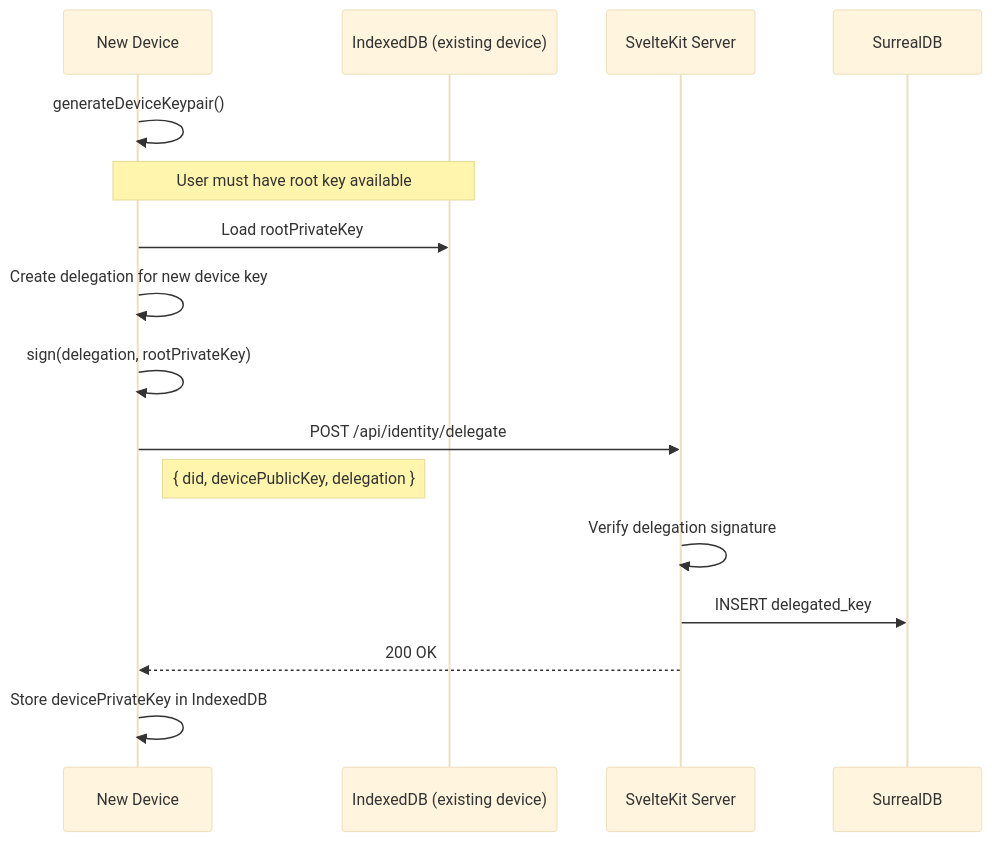
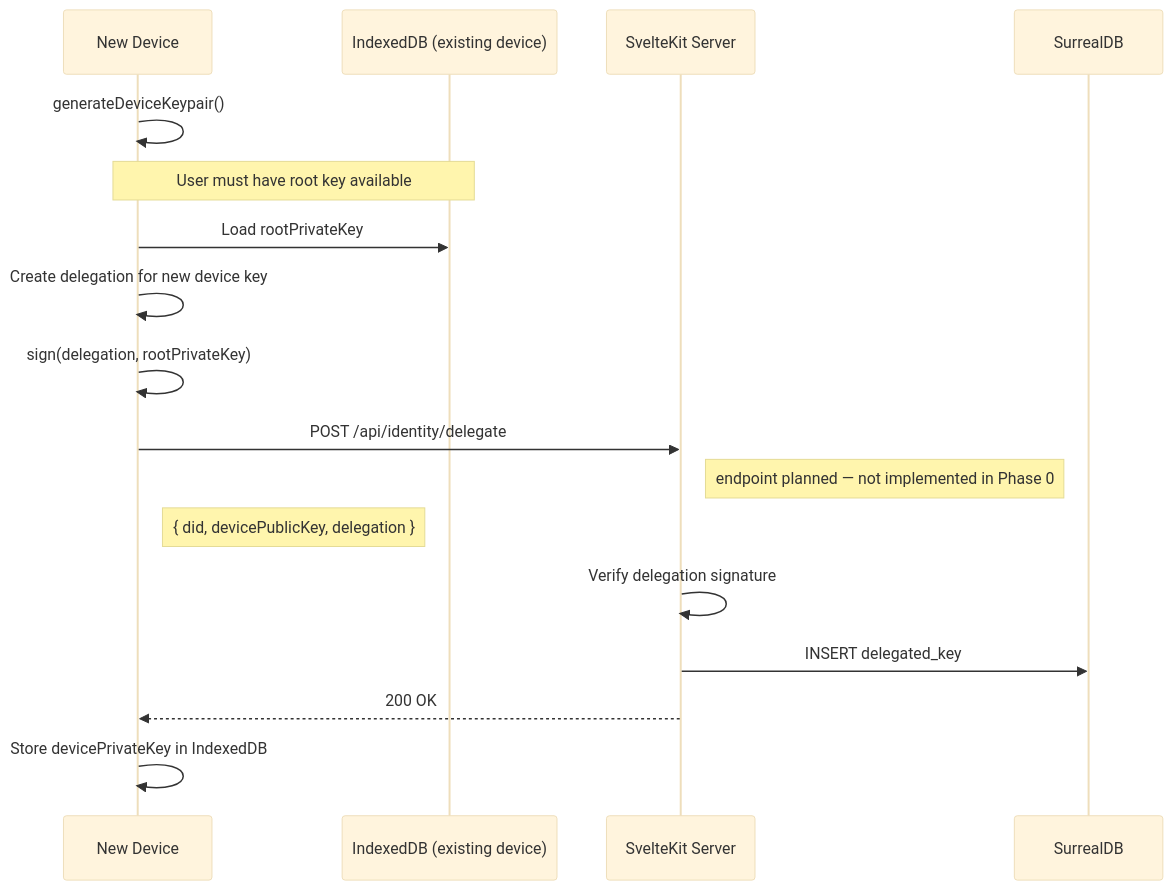
One commit to syr-is/syr changed the fourth of 4 diagrams in apps/docs/src/routes/implementation/phase-0-identity-flows/+page.md. Above: the diagram before and after it, drawn with Mermaid (base theme). The commit also changed other lines of this file and 42 other files, not shown here.

````diff
--- a/apps/docs/src/routes/implementation/phase-0-identity-flows/+page.md
+++ b/apps/docs/src/routes/implementation/phase-0-identity-flows/+page.md
@@ -204,19 +205,20 @@
 ```mermaid
 sequenceDiagram
     participant NewDevice as New Device
     participant IDB as IndexedDB (existing device)
     participant App as SvelteKit Server
     participant DB as SurrealDB
 
     NewDevice->>NewDevice: generateDeviceKeypair()
     Note over NewDevice, IDB: User must have root key available
     NewDevice->>IDB: Load rootPrivateKey
     NewDevice->>NewDevice: Create delegation for new device key
     NewDevice->>NewDevice: sign(delegation, rootPrivateKey)
     NewDevice->>App: POST /api/identity/delegate
+    Note right of App: endpoint planned — not implemented in Phase 0
     Note right of NewDevice: { did, devicePublicKey, delegation }
     App->>App: Verify delegation signature
     App->>DB: INSERT delegated_key
     App-->>NewDevice: 200 OK
     NewDevice->>NewDevice: Store devicePrivateKey in IndexedDB
 ```
````
